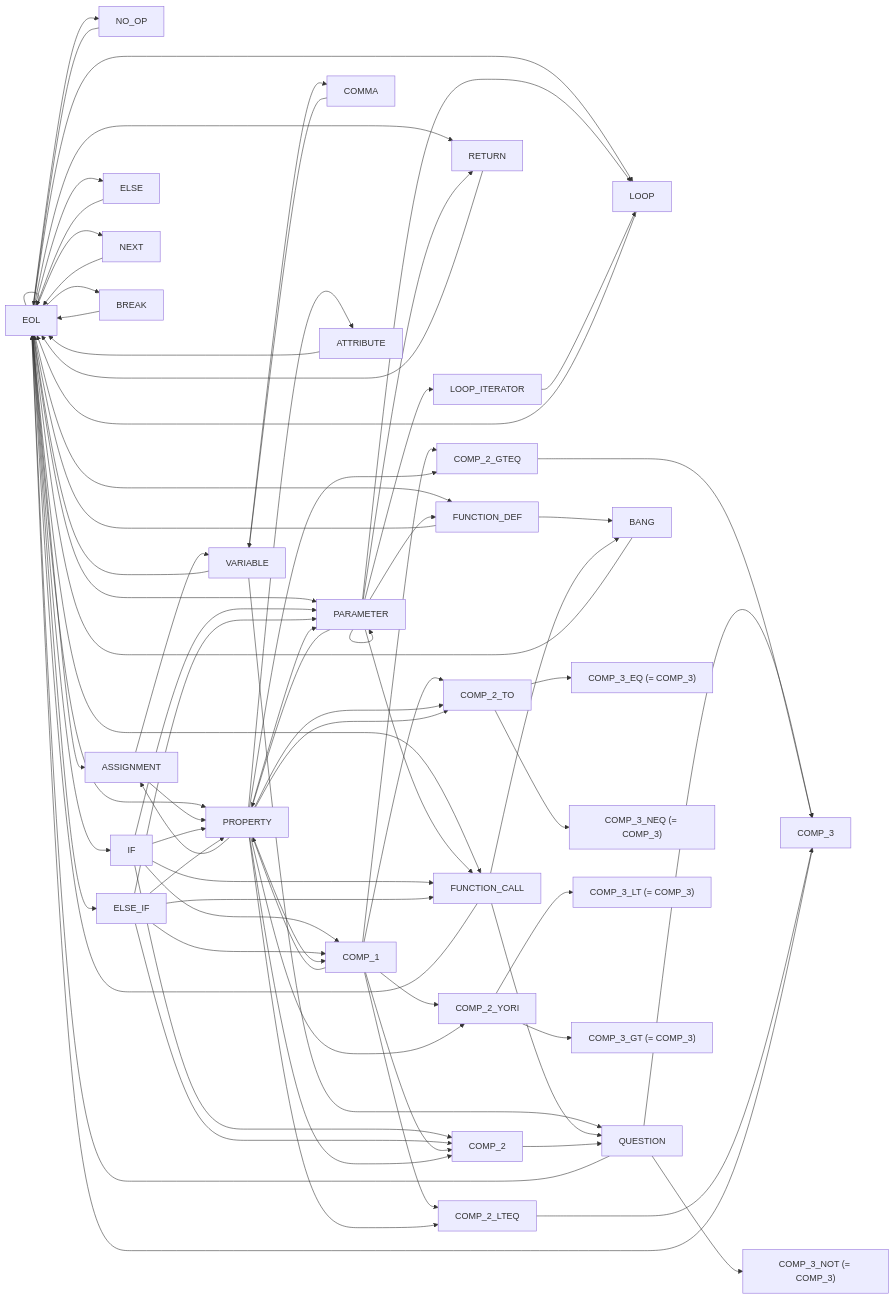
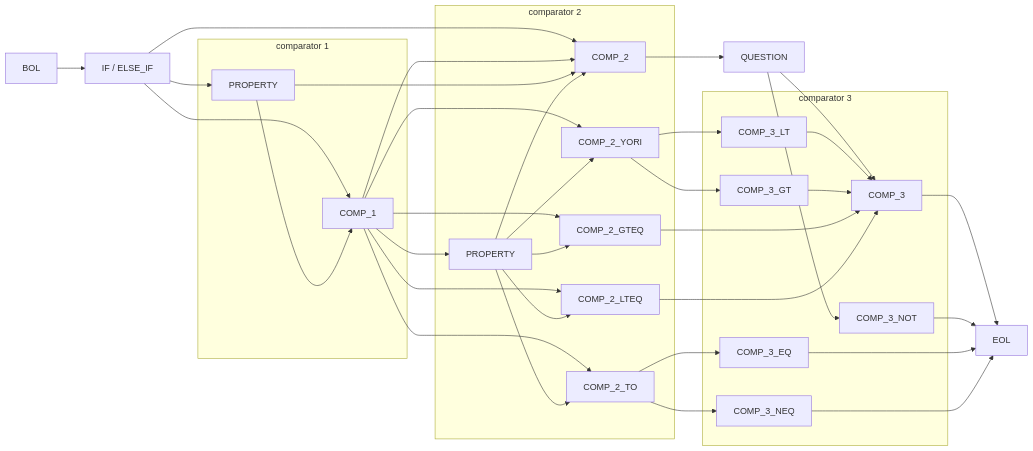
The eighth of 11 diagrams in documentation/nfsm.md (rewhowe/snapdragon), drawn with Mermaid before and after one commit. The commit also changed other lines of this file and 53 other files, not shown here.

````diff
--- a/documentation/nfsm.md
+++ b/documentation/nfsm.md
@@ -5,104 +137,64 @@
 ```mermaid
 graph LR
-  EOL --> EOL
-  EOL --> FUNCTION_CALL
-  EOL --> FUNCTION_DEF
-  EOL --> RETURN
-  EOL --> NO_OP
-  EOL --> ASSIGNMENT
-  EOL --> PARAMETER
-  EOL --> IF
-  EOL --> ELSE_IF
-  EOL --> ELSE
-  EOL --> LOOP
-  EOL --> NEXT
-  EOL --> BREAK
-  EOL --> PROPERTY
+  BOL --> IF[IF / ELSE_IF]
 
-  ASSIGNMENT --> VARIABLE
-  ASSIGNMENT --> PROPERTY
-
-  VARIABLE --> EOL
-  VARIABLE --> QUESTION
-  VARIABLE --> COMMA
-
-  PARAMETER --> PARAMETER
-  PARAMETER --> FUNCTION_DEF
-  PARAMETER --> FUNCTION_CALL
-  PARAMETER --> RETURN
-  PARAMETER --> LOOP_ITERATOR
-  PARAMETER --> LOOP
-  PARAMETER --> PROPERTY
-
-  FUNCTION_DEF --> EOL
-  FUNCTION_DEF --> BANG
-
-  FUNCTION_CALL --> EOL
-  FUNCTION_CALL --> QUESTION
-  FUNCTION_CALL --> BANG
-
-  RETURN --> EOL
-
-  NO_OP --> EOL
-
-  QUESTION --> EOL
-  QUESTION --> COMP_3
-  QUESTION --> COMP_3_NOT["COMP_3_NOT (= COMP_3)"]
-
-  BANG --> EOL
-
-  COMMA --> VARIABLE
-
-  IF --> PARAMETER
-  IF --> FUNCTION_CALL
-  IF --> COMP_1
-  IF --> COMP_2
-  IF --> PROPERTY
-
-  ELSE_IF --> PARAMETER
-  ELSE_IF --> FUNCTION_CALL
-  ELSE_IF --> COMP_1
-  ELSE_IF --> COMP_2
-  ELSE_IF --> PROPERTY
-
-  ELSE --> EOL
+  IF[IF / ELSE_IF] --> COMP_1
+  IF[IF / ELSE_IF] --> COMP_2
+  IF[IF / ELSE_IF] --> PROPERTY_1[PROPERTY]
 
   COMP_1 --> COMP_2
   COMP_1 --> COMP_2_TO
   COMP_1 --> COMP_2_YORI
   COMP_1 --> COMP_2_GTEQ
   COMP_1 --> COMP_2_LTEQ
-  COMP_1 --> PROPERTY
+  COMP_1 --> PROPERTY_2[PROPERTY]
 
   COMP_2 --> QUESTION
 
-  COMP_2_TO --> COMP_3_EQ["COMP_3_EQ (= COMP_3)"]
-  COMP_2_TO --> COMP_3_NEQ["COMP_3_NEQ (= COMP_3)"]
+  QUESTION --> COMP_3
+  QUESTION --> COMP_3_NOT
 
-  COMP_2_YORI --> COMP_3_LT["COMP_3_LT (= COMP_3)"]
-  COMP_2_YORI --> COMP_3_GT["COMP_3_GT (= COMP_3)"]
+  COMP_3 --> EOL
+
+  COMP_3_NOT --> EOL
+
+  COMP_2_TO --> COMP_3_EQ
+  COMP_2_TO --> COMP_3_NEQ
+
+  COMP_3_EQ --> EOL
+
+  COMP_3_NEQ --> EOL
+
+  COMP_2_YORI --> COMP_3_LT
+  COMP_2_YORI --> COMP_3_GT
+
+  subgraph comparator 3
+    COMP_3_NOT
+
+    COMP_3_LT --> COMP_3
+
+    COMP_3_GT --> COMP_3
+
+    COMP_3_EQ
+
+    COMP_3_NEQ
+  end
 
   COMP_2_GTEQ --> COMP_3
 
   COMP_2_LTEQ --> COMP_3
 
-  COMP_3 --> EOL
+  subgraph comparator 1
+    PROPERTY_1[PROPERTY] --> COMP_1
+  end
 
-  LOOP_ITERATOR --> LOOP
-  LOOP --> EOL
-  NEXT --> EOL
-  BREAK --> EOL
+  subgraph comparator 2
+    PROPERTY_1[PROPERTY] --> COMP_2
 
-  PROPERTY --> ASSIGNMENT
-  PROPERTY --> PARAMETER
-  PROPERTY --> ATTRIBUTE
-  PROPERTY --> COMP_1
-  PROPERTY --> COMP_2
-  PROPERTY --> COMP_2_TO
-  PROPERTY --> COMP_2_TO
-  PROPERTY --> COMP_2_YORI
-  PROPERTY --> COMP_2_GTEQ
-  PROPERTY --> COMP_2_LTEQ
-
-  ATTRIBUTE --> EOL
+    PROPERTY_2[PROPERTY] --> COMP_2
+    PROPERTY_2[PROPERTY] --> COMP_2_TO
+    PROPERTY_2[PROPERTY] --> COMP_2_YORI
+    PROPERTY_2[PROPERTY] --> COMP_2_GTEQ
+    PROPERTY_2[PROPERTY] --> COMP_2_LTEQ
+  end
 ```
````
